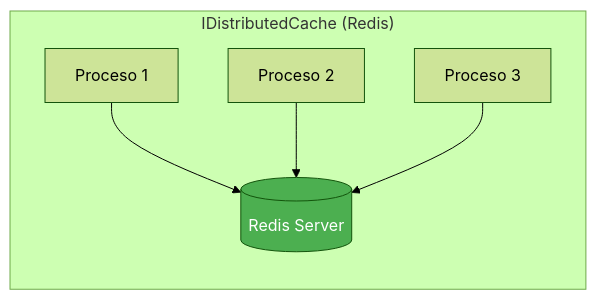
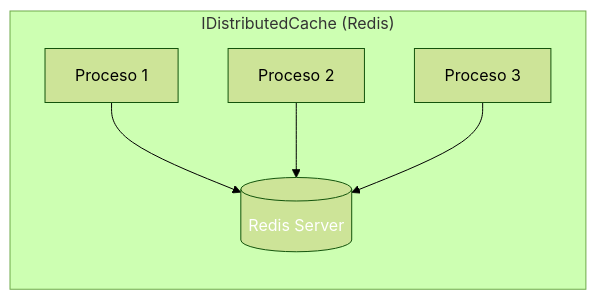
The fourth of 17 diagrams in 14-cache-redis.md (joseluisgs/DesarrolloWebEntornosServidor-02-2026-2027), drawn with Mermaid (forest theme) before and after one commit. The commit also changed other lines of this file and 41 other files, not shown here.

````diff
--- a/14-cache-redis.md
+++ b/14-cache-redis.md
@@ -159,9 +159,9 @@
 ```mermaid
 flowchart LR
     subgraph "IDistributedCache (Redis)"
         P1["Proceso 1"] --> RS[("Redis Server")]
         P2["Proceso 2"] --> RS
         P3["Proceso 3"] --> RS
     end
-    style RS fill:#4CAF50,color:#fff
+    style RS fill:#4CAF5,color:#fff0,color:#fff
 ```
````
